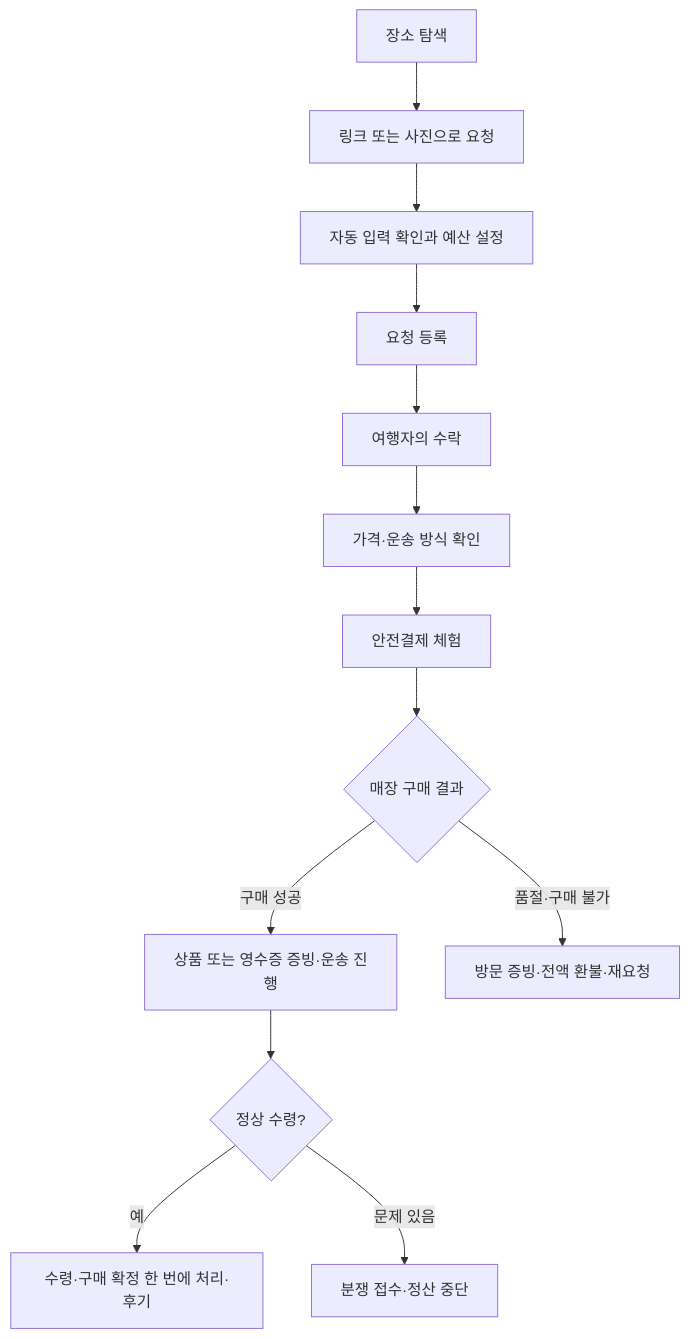
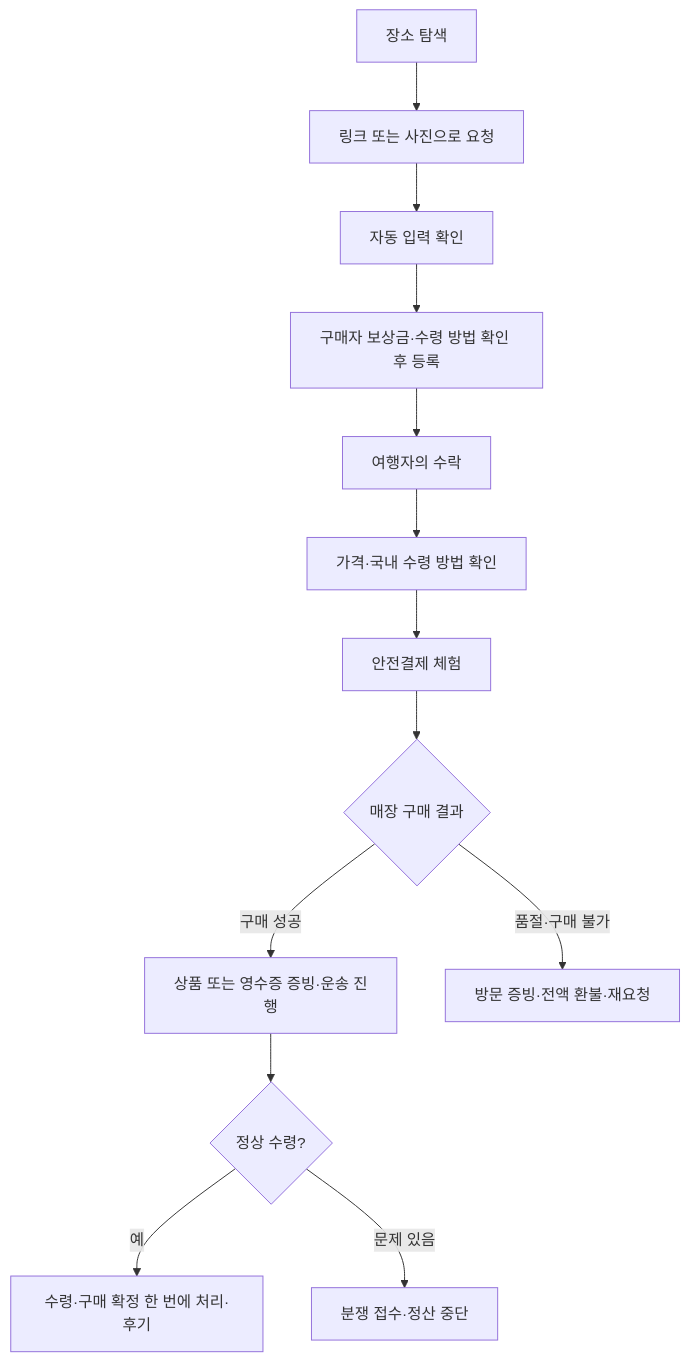
One commit to sounkimha/moa changed the first of 2 diagrams in docs/01-product-and-flows.md. Above: the diagram before and after it, drawn with Mermaid. The commit also changed other lines of this file and 62 other files, not shown here.

````diff
--- a/docs/01-product-and-flows.md
+++ b/docs/01-product-and-flows.md
@@ -18,15 +18,15 @@
 ```mermaid
 flowchart TD
   A["장소 탐색"] --> B["링크 또는 사진으로 요청"]
-  B --> C["자동 입력 확인과 예산 설정"]
-  C --> D["요청 등록"]
+  B --> C["자동 입력 확인"]
+  C --> D["구매자 보상금·수령 방법 확인 후 등록"]
   D --> E["여행자의 수락"]
-  E --> F["가격·운송 방식 확인"]
+  E --> F["가격·국내 수령 방법 확인"]
   F --> G["안전결제 체험"]
   G --> H{"매장 구매 결과"}
   H -->|구매 성공| L["상품 또는 영수증 증빙·운송 진행"]
   H -->|품절·구매 불가| M["방문 증빙·전액 환불·재요청"]
   L --> I{"정상 수령?"}
   I -->|예| J["수령·구매 확정 한 번에 처리·후기"]
   I -->|문제 있음| K["분쟁 접수·정산 중단"]
 ```
````
